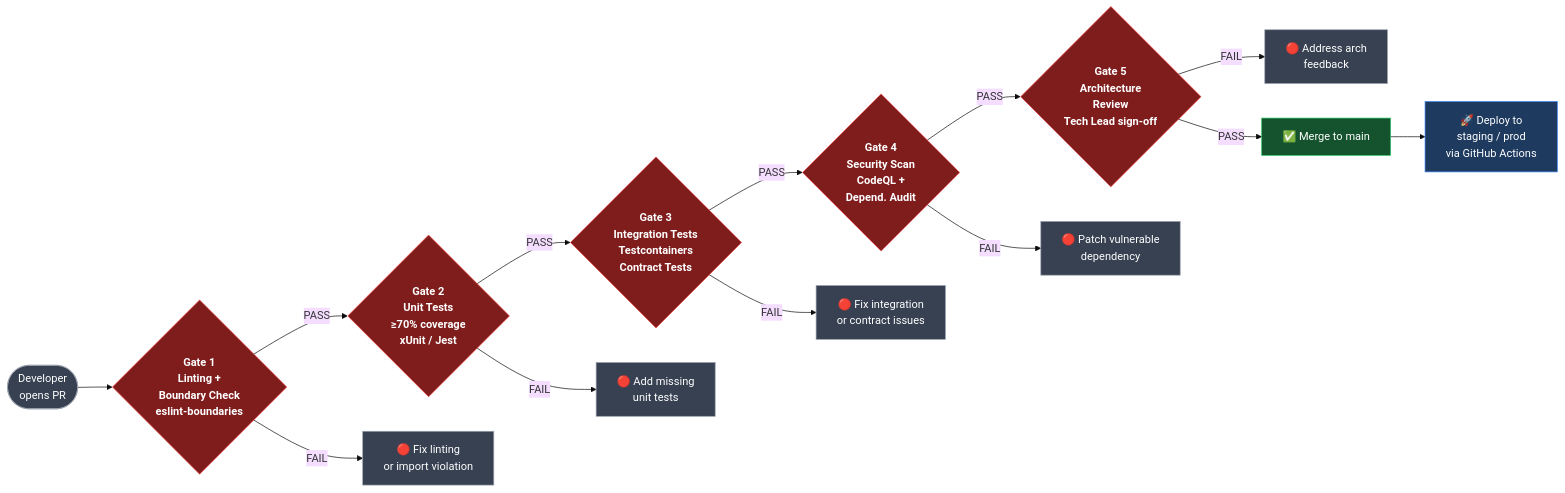
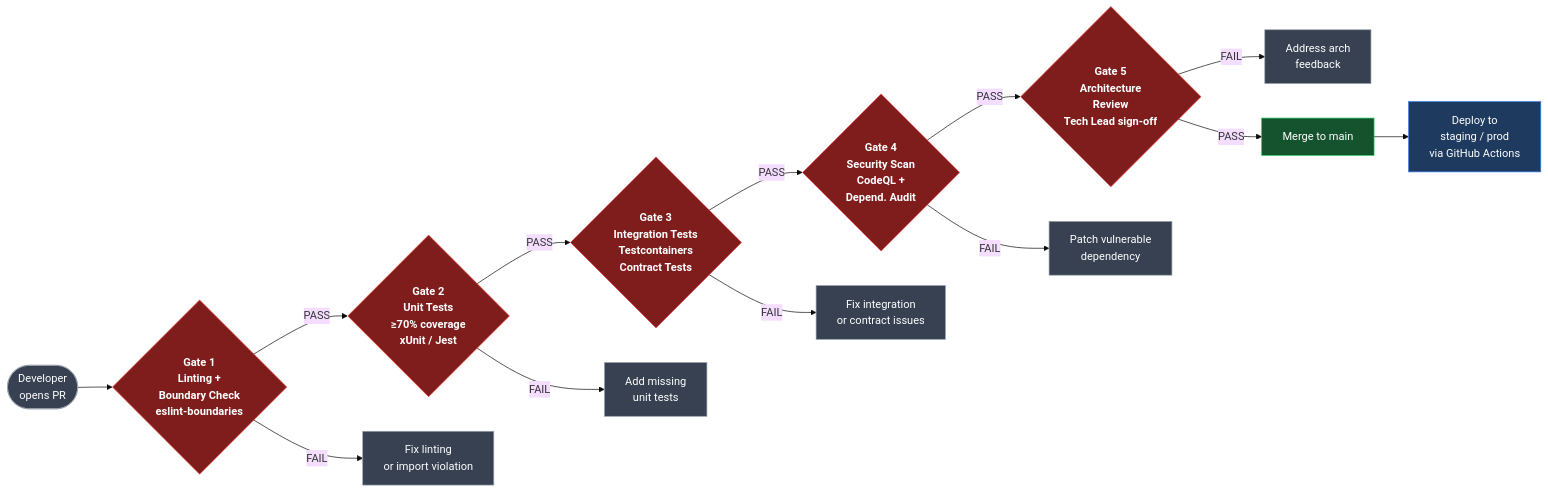
Before and after one commit to beyondnetcode/evolith_arch32: the fifth of 5 diagrams in reference/governance/standards/communication/visuals/v08-infrastructure-topology.md, drawn with Mermaid (base theme). The commit also changed other lines of this file and 41 other files, not shown here.

````diff
--- a/reference/governance/standards/communication/visuals/v08-infrastructure-topology.md
+++ b/reference/governance/standards/communication/visuals/v08-infrastructure-topology.md
@@ -220,28 +220,28 @@
 ```mermaid
 flowchart LR
     classDef dev fill:#374151,stroke:#9ca3af,color:#fff
     classDef gate fill:#7f1d1d,stroke:#ef4444,color:#fff,font-weight:bold
     classDef pass fill:#14532d,stroke:#22c55e,color:#fff
     classDef deploy fill:#1e3a5f,stroke:#3b82f6,color:#fff
 
     PR(["Developer\nopens PR"]):::dev
 
     G1{"Gate 1\nLinting +\nBoundary Check\neslint-boundaries"}:::gate
     G2{"Gate 2\nUnit Tests\n≥70% coverage\nxUnit / Jest"}:::gate
     G3{"Gate 3\nIntegration Tests\nTestcontainers\nContract Tests"}:::gate
     G4{"Gate 4\nSecurity Scan\nCodeQL +\nDepend. Audit"}:::gate
     G5{"Gate 5\nArchitecture\nReview\nTech Lead sign-off"}:::gate
 
     PR --> G1
-    G1 -->|FAIL| DEV1["🔴 Fix linting\nor import violation"]:::dev
+    G1 -->|FAIL| DEV1[" Fix linting\nor import violation"]:::dev
     G1 -->|PASS| G2
-    G2 -->|FAIL| DEV2["🔴 Add missing\nunit tests"]:::dev
+    G2 -->|FAIL| DEV2[" Add missing\nunit tests"]:::dev
     G2 -->|PASS| G3
-    G3 -->|FAIL| DEV3["🔴 Fix integration\nor contract issues"]:::dev
+    G3 -->|FAIL| DEV3[" Fix integration\nor contract issues"]:::dev
     G3 -->|PASS| G4
-    G4 -->|FAIL| DEV4["🔴 Patch vulnerable\ndependency"]:::dev
+    G4 -->|FAIL| DEV4[" Patch vulnerable\ndependency"]:::dev
     G4 -->|PASS| G5
-    G5 -->|FAIL| DEV5["🔴 Address arch\nfeedback"]:::dev
-    G5 -->|PASS| MERGE["✅ Merge to main"]:::pass
-    MERGE --> DEPLOY["🚀 Deploy to\nstaging / prod\nvia GitHub Actions"]:::deploy
+    G5 -->|FAIL| DEV5[" Address arch\nfeedback"]:::dev
+    G5 -->|PASS| MERGE[" Merge to main"]:::pass
+    MERGE --> DEPLOY[" Deploy to\nstaging / prod\nvia GitHub Actions"]:::deploy
 ```
````
